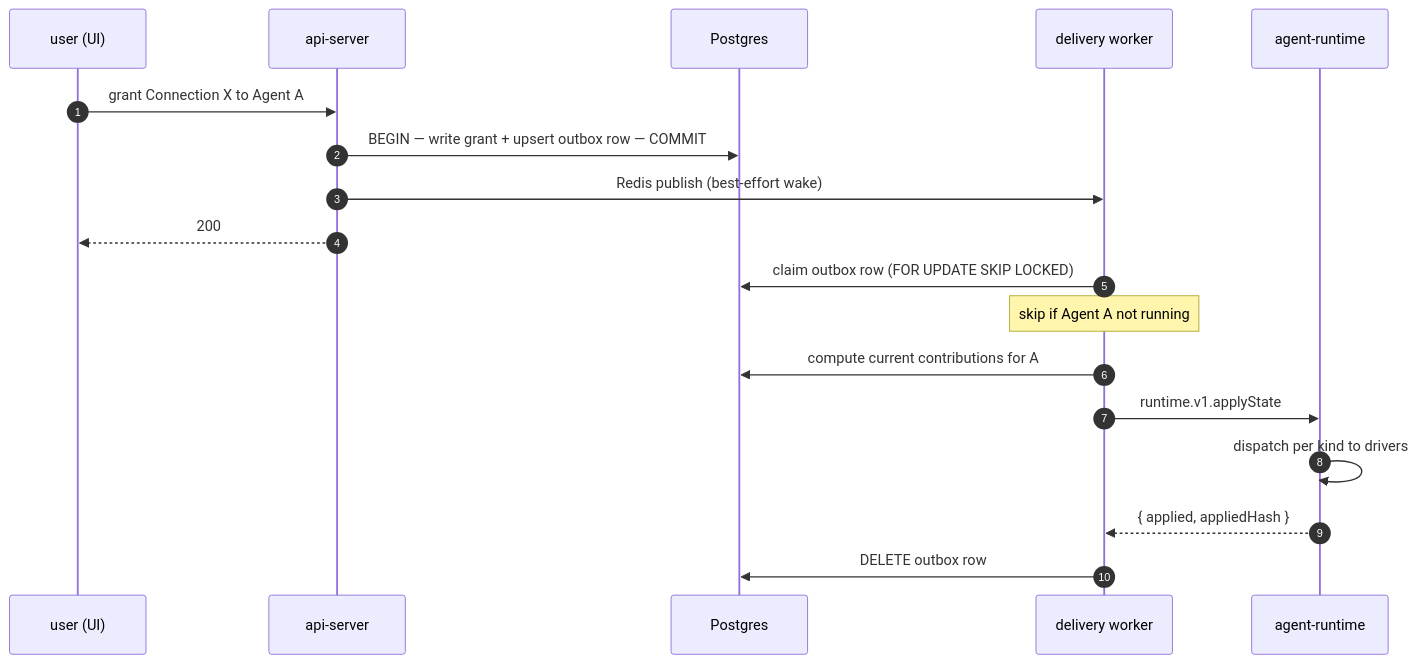
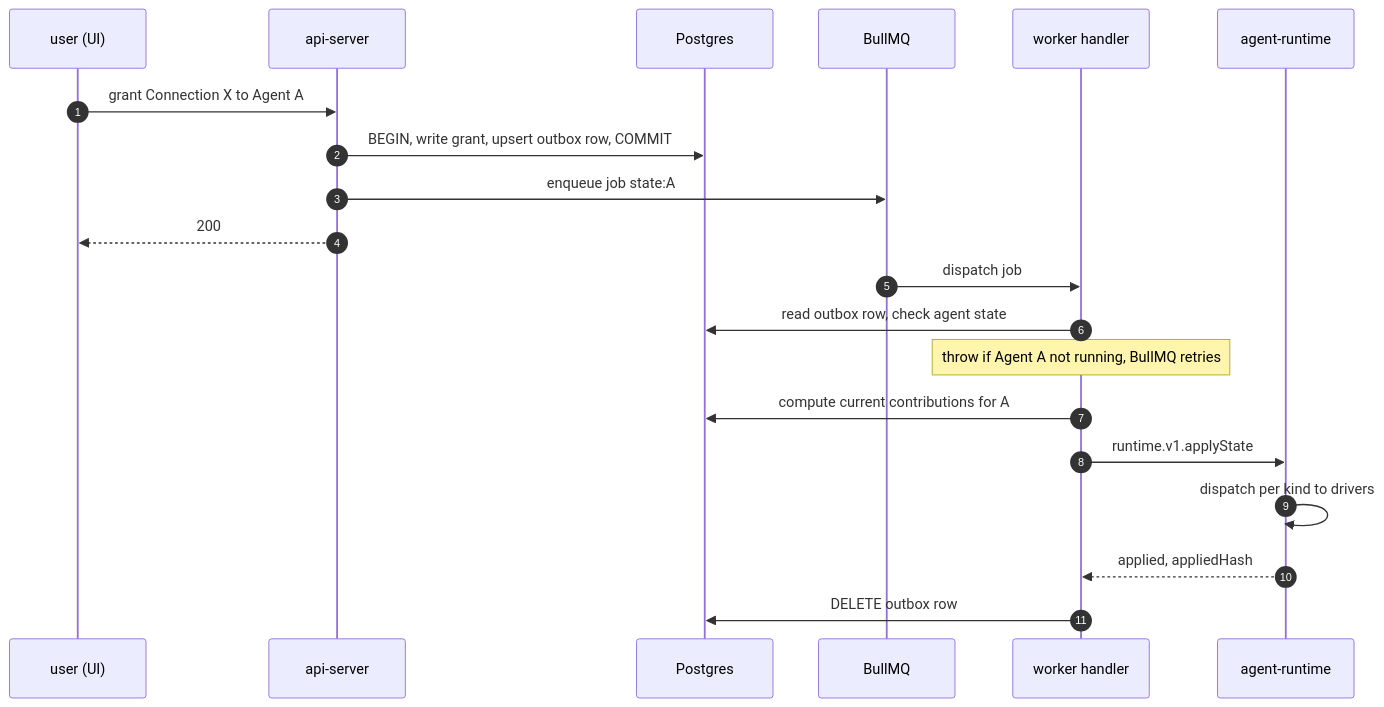
The third of 5 diagrams in docs/architecture/connections.md (dam-agents/dam), drawn with Mermaid before and after one commit. The commit also changed other lines of this file and 1 other file, not shown here.

First line of the commit message:
docs: switch outbox-worker decision from SKIP LOCKED to BullMQ

````diff
--- a/docs/architecture/connections.md
+++ b/docs/architecture/connections.md
@@ -206,22 +206,24 @@
 ```mermaid
 sequenceDiagram
   autonumber
   participant USER as user (UI)
   participant AS as api-server
   participant PG as Postgres
-  participant WK as delivery worker
+  participant BQ as BullMQ
+  participant WK as worker handler
   participant RT as agent-runtime
 
   USER->>AS: grant Connection X to Agent A
-  AS->>PG: BEGIN — write grant + upsert outbox row — COMMIT
-  AS->>WK: Redis publish (best-effort wake)
+  AS->>PG: BEGIN, write grant, upsert outbox row, COMMIT
+  AS->>BQ: enqueue job state:A
   AS-->>USER: 200
 
-  WK->>PG: claim outbox row (FOR UPDATE SKIP LOCKED)
-  Note over WK: skip if Agent A not running
+  BQ->>WK: dispatch job
+  WK->>PG: read outbox row, check agent state
+  Note over WK: throw if Agent A not running, BullMQ retries
   WK->>PG: compute current contributions for A
   WK->>RT: runtime.v1.applyState
   RT->>RT: dispatch per kind to drivers
-  RT-->>WK: { applied, appliedHash }
+  RT-->>WK: applied, appliedHash
   WK->>PG: DELETE outbox row
 ```
````
